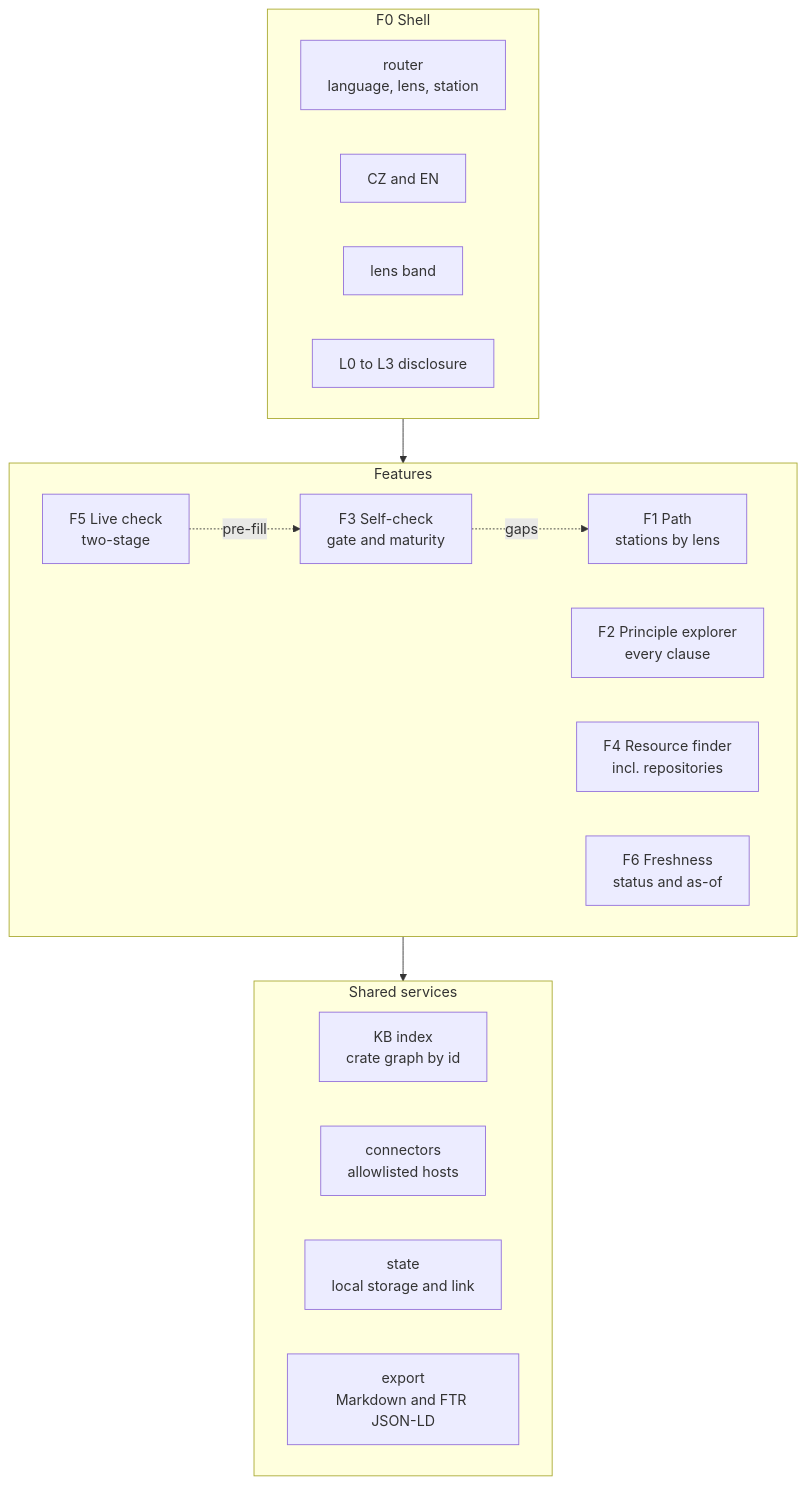
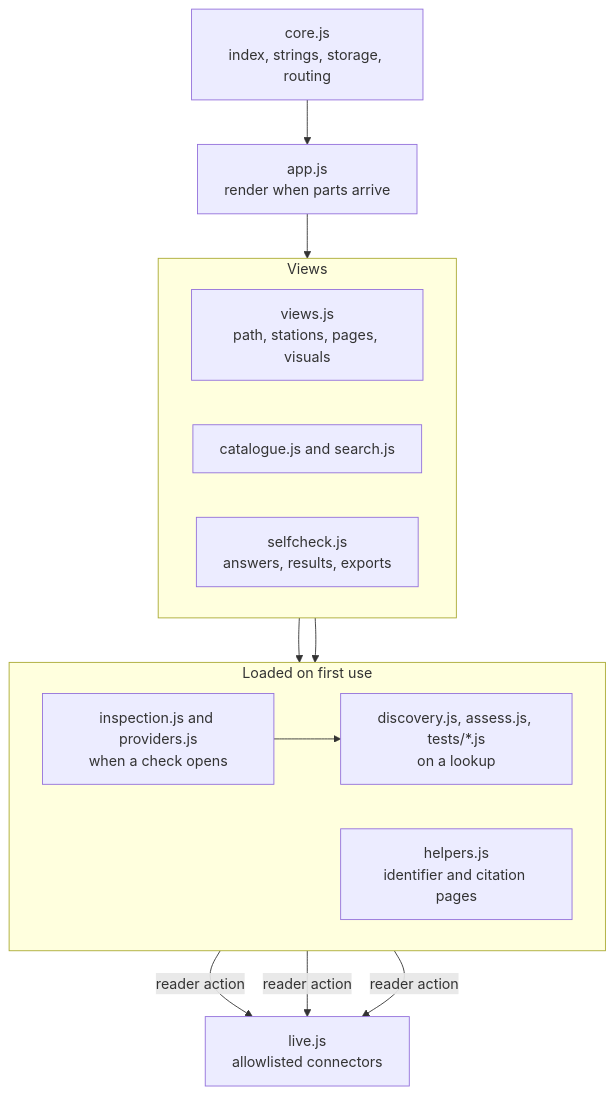
Before and after one commit to dsw-nrp/eosc-fair-guide: the fourth of 7 diagrams in docs/design.md, drawn with Mermaid. The commit also changed other lines of this file and 298 other files, not shown here.

````diff
--- a/docs/design.md
+++ b/docs/design.md
@@ -220,32 +171,25 @@
 ```mermaid
 flowchart TB
   accTitle: Runtime structure of the page
-  accDescr: A shell hosts six features that share four services. Self-check gaps link back to path stations, and the live check pre-fills the self-check.
-  subgraph SHELL["F0 Shell"]
+  accDescr: The core and the renderer serve the views. Self-check controls and evaluators load when a check opens, discovery and assessments on a lookup, and helpers on their pages. Every external call goes through the allowlisted connectors after a reader action.
+  CORE["core.js<br/>index, strings, storage, routing"]
+  APP["app.js<br/>render when parts arrive"]
+  subgraph VIEWS[Views]
     direction LR
-    ROUTER["router<br/>language, lens, station"]
-    I18N["CZ and EN"]
-    LENSSEL["lens band"]
-    DISC["L0 to L3 disclosure"]
+    V1["views.js<br/>path, stations, pages, visuals"]
+    V2["catalogue.js and search.js"]
+    V3["selfcheck.js<br/>answers, results, exports"]
   end
-  subgraph FEAT[Features]
+  subgraph LATER[Loaded on first use]
     direction LR
-    F1["F1 Path<br/>stations by lens"]
-    F2["F2 Principle explorer<br/>every clause"]
-    F3["F3 Self-check<br/>gate and maturity"]
-    F4["F4 Resource finder<br/>incl. repositories"]
-    F5["F5 Live check<br/>two-stage"]
-    F6["F6 Freshness<br/>status and as-of"]
+    L1["inspection.js and providers.js<br/>when a check opens"]
+    L2["discovery.js, assess.js, tests/*.js<br/>on a lookup"]
+    L3["helpers.js<br/>identifier and citation pages"]
   end
-  subgraph SVC[Shared services]
-    direction LR
-    KB["KB index<br/>crate graph by id"]
-    CONN["connectors<br/>allowlisted hosts"]
-    STATE["state<br/>local storage and link"]
-    EXP["export<br/>Markdown and FTR JSON-LD"]
-  end
-  SHELL --> FEAT
-  FEAT --> SVC
-  F3 -. gaps .-> F1
-  F5 -. pre-fill .-> F3
+  LIVE["live.js<br/>allowlisted connectors"]
+  CORE --> APP --> VIEWS
+  V3 --> L1
+  L1 --> L2
+  V1 --> L3
+  L1 & L2 & L3 -- reader action --> LIVE
 ```
````
